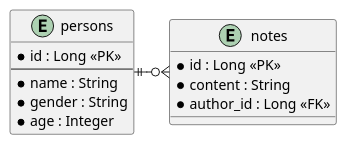
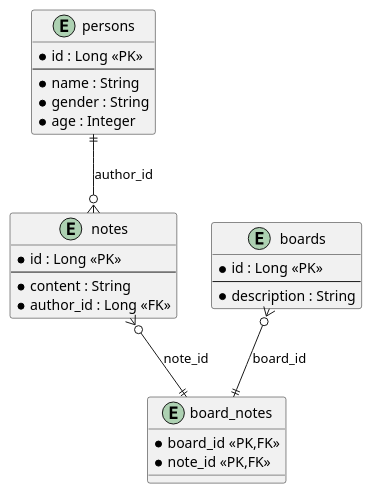
Before and after one commit to de-shyt/SpringBootProject: the diagram in plantuml/database_diagrams.puml, drawn with PlantUML. The commit also changed 10 other files, not shown here.

Commit message:
add Board entity

```diff
--- a/plantuml/database_diagrams.puml
+++ b/plantuml/database_diagrams.puml
@@ -1,19 +1,33 @@
 @startuml DatabaseDiagram
 
 entity persons {
   * id : Long <<PK>>
   --
   * name : String
   * gender : String
   * age : Integer
 }
 
 entity notes {
   * id : Long <<PK>>
+  --
   * content : String
   * author_id : Long <<FK>>
 }
 
-persons ||-o{ notes
+entity "boards" as boards {
+  * id : Long <<PK>>
+  --
+  * description : String
+}
+
+entity "board_notes" as board_notes {
+  * board_id <<PK,FK>>
+  * note_id <<PK,FK>>
+}
+
+persons ||--o{ notes : "author_id"
+notes }o--|| board_notes : "note_id"
+boards }o--|| board_notes : "board_id"
 
 @enduml
```
